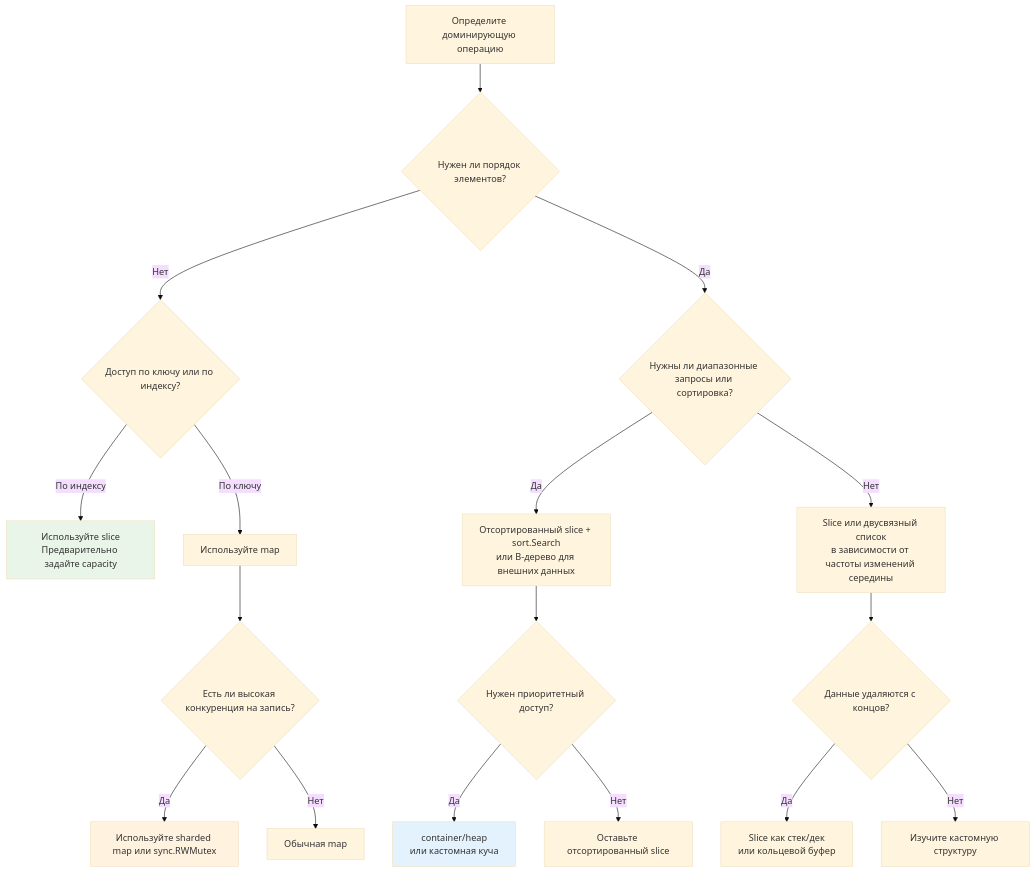
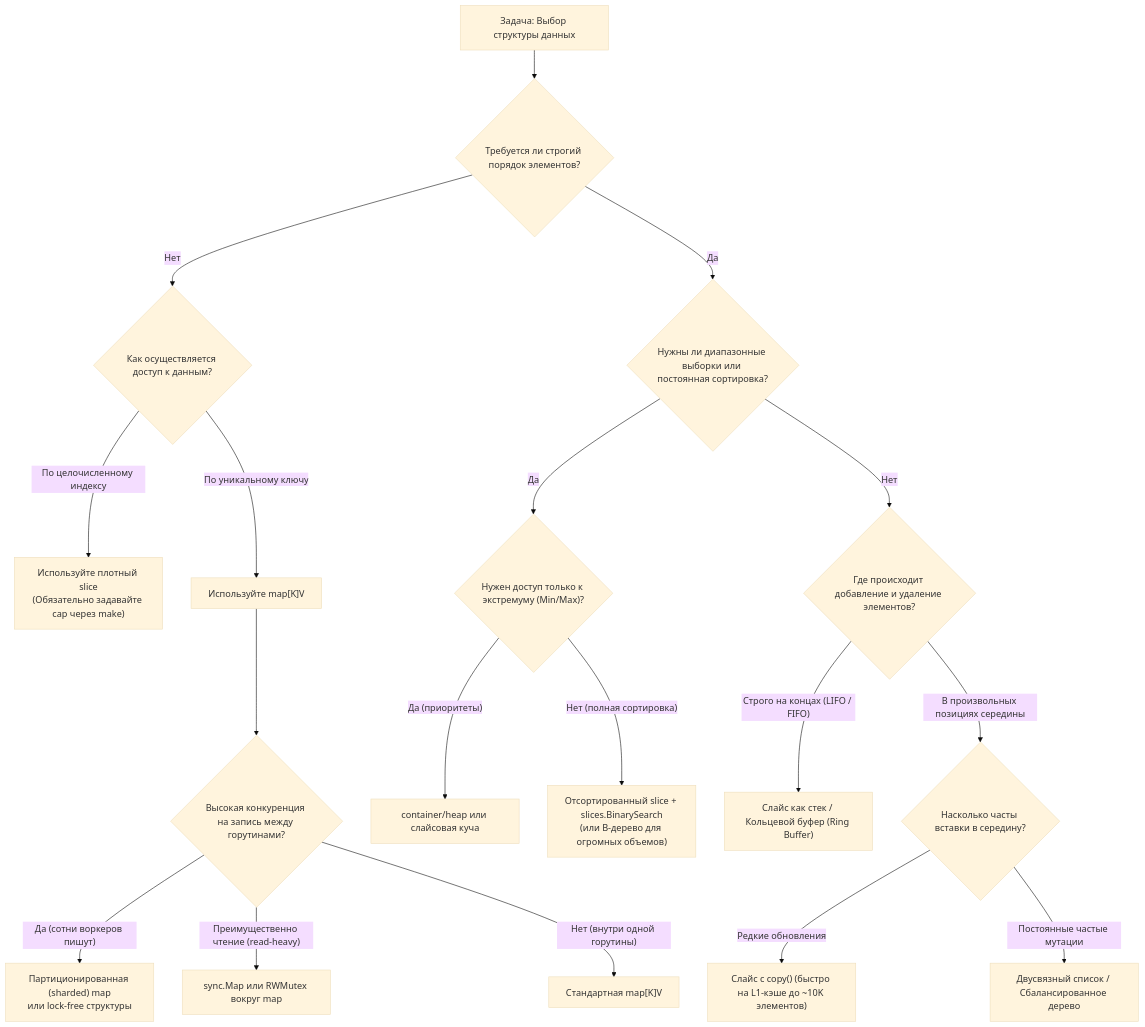
The diagram in sources/20. Алгоритмы и структуры данных (DSA) на Go/01. Введение/5. Паттерны задач и выбор структуры данных.md (UnrealTemplier/go-textbook), drawn with Mermaid (base theme) before and after one commit. The commit also changed other lines of this file, not shown here.

````diff
--- a/sources/20. Алгоритмы и структуры данных (DSA) на Go/01. Введение/5. Паттерны задач и выбор структуры данных.md
+++ b/sources/20. Алгоритмы и структуры данных (DSA) на Go/01. Введение/5. Паттерны задач и выбор структуры данных.md
@@ -34,29 +38,28 @@
 ```mermaid
 flowchart TD
-    Start["Определите доминирующую операцию"] --> Q1{Нужен ли порядок элементов?}
+    Start["Задача: Выбор структуры данных"] --> QOrder{"Требуется ли строгий порядок элементов?"}
+
+    %% Ветка без порядка
+    QOrder -->|"Нет"| QLookup{"Как осуществляется доступ к данным?"}
+    QLookup -->|"По целочисленному индексу"| UseSlice["Используйте плотный slice<br/>(Обязательно задавайте cap через make)"]
+    QLookup -->|"По уникальному ключу"| UseMap["Используйте map[K]V"]
+
+    UseMap --> QMapConc{"Высокая конкуренция на запись между горутинами?"}
+    QMapConc -->|"Да (сотни воркеров пишут)"| ShardedMap["Партиционированная (sharded) map<br/>или lock-free структуры"]
+    QMapConc -->|"Преимущественно чтение (read-heavy)"| SyncMap["sync.Map или RWMutex вокруг map"]
+    QMapConc -->|"Нет (внутри одной горутины)"| PlainMap["Стандартная map[K]V"]
+
+    %% Ветка с порядком
+    QOrder -->|"Да"| QRange{"Нужны ли диапазонные выборки или постоянная сортировка?"}
     
-    Q1 -->|Нет| Q2{Доступ по ключу или по индексу?}
-    Q1 -->|Да| Q3{Нужны ли диапазонные запросы или сортировка?}
+    QRange -->|"Да"| QPriority{"Нужен доступ только к экстремуму (Min/Max)?"}
+    QPriority -->|"Да (приоритеты)"| UseHeap["container/heap или слайсовая куча"]
+    QPriority -->|"Нет (полная сортировка)"| UseSortedSlice["Отсортированный slice + slices.BinarySearch<br/>(или B-дерево для огромных объемов)"]
+
+    QRange -->|"Нет"| QMutEnd{"Где происходит добавление и удаление элементов?"}
+    QMutEnd -->|"Строго на концах (LIFO / FIFO)"| UseBuffer["Слайс как стек / Кольцевой буфер (Ring Buffer)"]
+    QMutEnd -->|"В произвольных позициях середины"| QMiddleFreq{"Насколько часты вставки в середину?"}
     
-    Q2 -->|По индексу| A1["Используйте slice<br>Предварительно задайте capacity"]
-    Q2 -->|По ключу| B1["Используйте map"]
-    
-    B1 --> B2{Есть ли высокая конкуренция на запись?}
-    B2 -->|Да| B3["Используйте sharded map или sync.RWMutex"]
-    B2 -->|Нет| B4["Обычная map"]
-    
-    Q3 -->|Да| C1["Отсортированный slice + sort.Search<br>или B-дерево для внешних данных"]
-    Q3 -->|Нет| D1["Slice или двусвязный список<br>в зависимости от частоты изменений середины"]
-    
-    D1 --> D2{Данные удаляются с концов?}
-    D2 -->|Да| E1["Slice как стек/дек<br>или кольцевой буфер"]
-    D2 -->|Нет| F1["Изучите кастомную структуру"]
-    
-    C1 --> C2{Нужен приоритетный доступ?}
-    C2 -->|Да| G1["container/heap<br>или кастомная куча"]
-    C2 -->|Нет| C3["Оставьте отсортированный slice"]
-    
-    style A1 fill:#e8f5e8
-    style B3 fill:#fff3e0
-    style G1 fill:#e3f2fd
+    QMiddleFreq -->|"Редкие обновления"| SliceMove["Слайс с copy() (быстро на L1-кэше до ~10K элементов)"]
+    QMiddleFreq -->|"Постоянные частые мутации"| ListTree["Двусвязный список / Сбалансированное дерево"]
 ```
````
